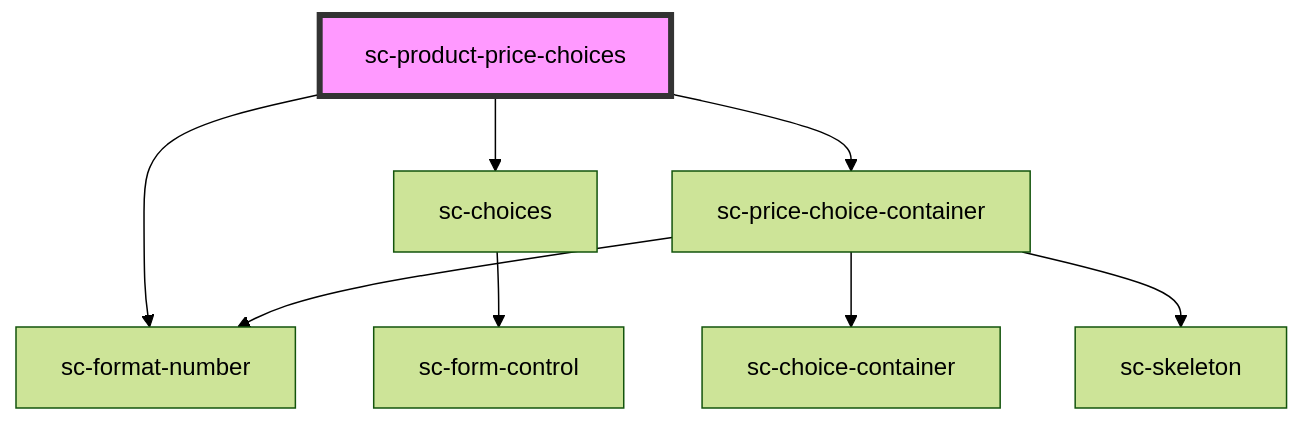
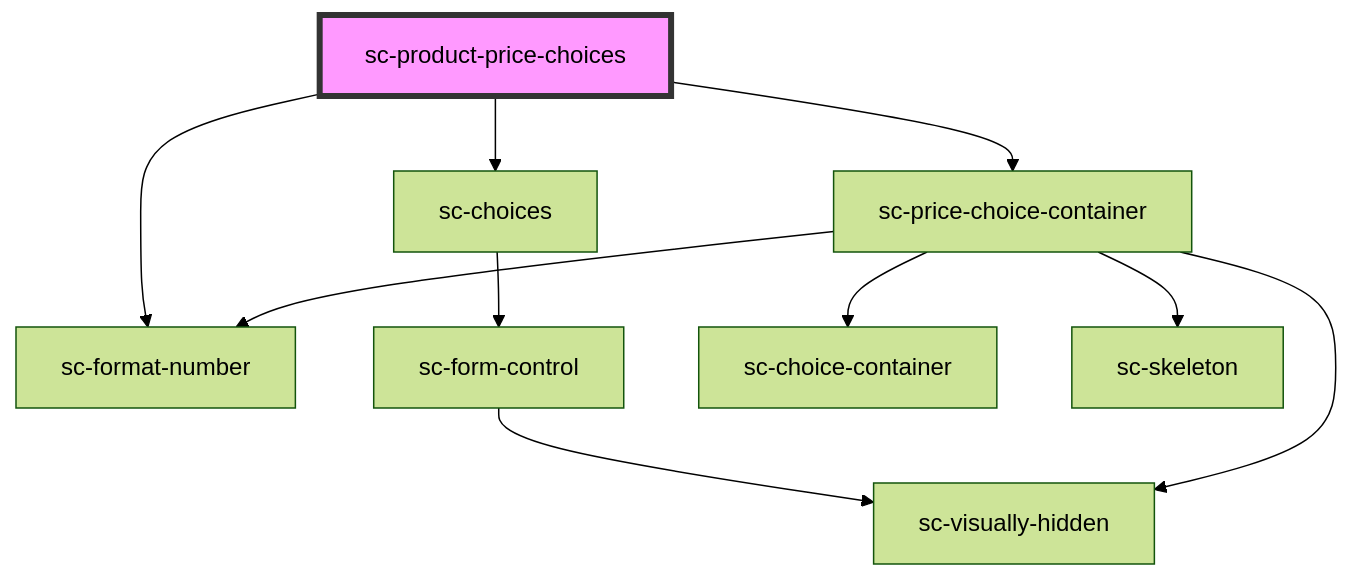
The diagram in packages/components/src/components/controllers/product/sc-product-price-choices/readme.md (surecart/surecart-wp-plugin), drawn with Mermaid (forest theme) before and after one commit. The commit also changed 98 other files, not shown here.

````diff
--- a/packages/components/src/components/controllers/product/sc-product-price-choices/readme.md
+++ b/packages/components/src/components/controllers/product/sc-product-price-choices/readme.md
@@ -25,11 +25,13 @@
 ```mermaid
 graph TD;
   sc-product-price-choices --> sc-format-number
   sc-product-price-choices --> sc-choices
   sc-product-price-choices --> sc-price-choice-container
   sc-choices --> sc-form-control
+  sc-form-control --> sc-visually-hidden
   sc-price-choice-container --> sc-format-number
   sc-price-choice-container --> sc-choice-container
   sc-price-choice-container --> sc-skeleton
+  sc-price-choice-container --> sc-visually-hidden
   style sc-product-price-choices fill:#f9f,stroke:#333,stroke-width:4px
 ```
````
